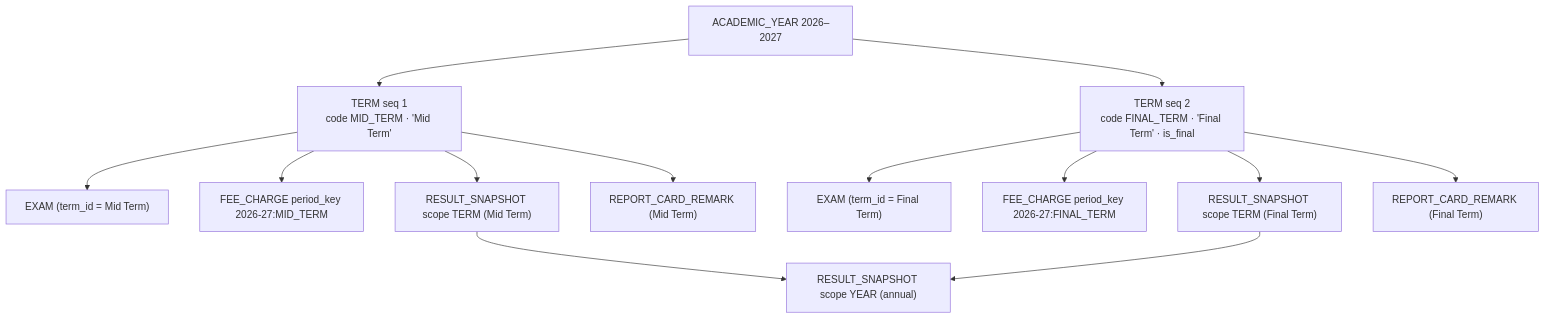
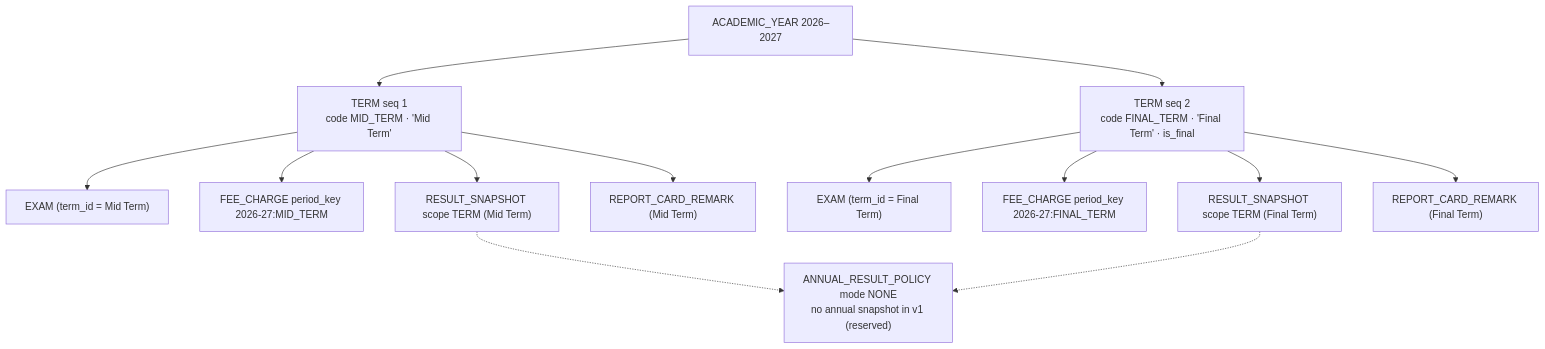
The fourth of 10 diagrams in docs/phase-1/03-database-erd.md (ismacil87/Gol-khatumo), drawn with Mermaid before and after one commit. The commit also changed other lines of this file and 7 other files, not shown here.

````diff
--- a/docs/phase-1/03-database-erd.md
+++ b/docs/phase-1/03-database-erd.md
@@ -227,14 +227,14 @@
 ```mermaid
 flowchart TB
   AY["ACADEMIC_YEAR 2026–2027"] --> T1["TERM seq 1<br/>code MID_TERM · 'Mid Term'"]
   AY --> T2["TERM seq 2<br/>code FINAL_TERM · 'Final Term' · is_final"]
   T1 --> E1["EXAM (term_id = Mid Term)"]
   T2 --> E2["EXAM (term_id = Final Term)"]
   T1 --> C1["FEE_CHARGE period_key 2026-27:MID_TERM"]
   T2 --> C2["FEE_CHARGE period_key 2026-27:FINAL_TERM"]
   T1 --> R1["RESULT_SNAPSHOT scope TERM (Mid Term)"]
   T2 --> R2["RESULT_SNAPSHOT scope TERM (Final Term)"]
-  R1 & R2 --> RY["RESULT_SNAPSHOT scope YEAR (annual)"]
+  R1 & R2 -.-> RY["ANNUAL_RESULT_POLICY mode NONE<br/>no annual snapshot in v1 (reserved)"]
   T1 --> RM1["REPORT_CARD_REMARK (Mid Term)"]
   T2 --> RM2["REPORT_CARD_REMARK (Final Term)"]
 ```
````
